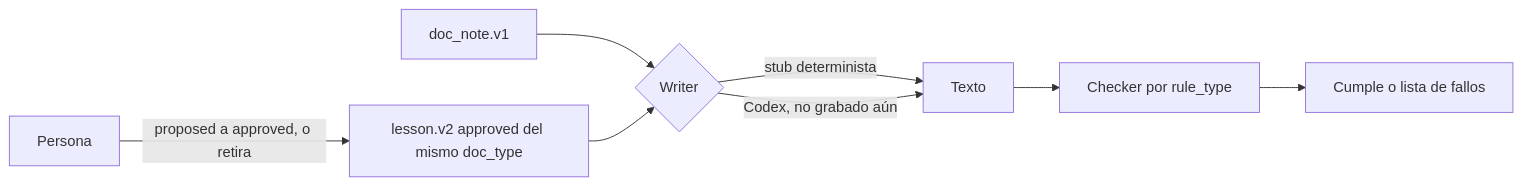
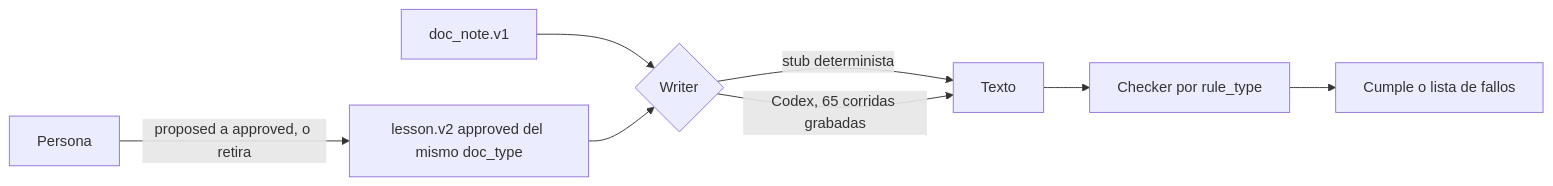
One commit to CarlosSoto92/scribe-recovery-openai changed the diagram in docs/ARCHITECTURE.md. Above: the diagram before and after it, drawn with Mermaid. The commit also changed other lines of this file and 76 other files, not shown here.

Commit message:
data(b2b): 65 corridas grabadas de Codex + marcador real

````diff
--- a/docs/ARCHITECTURE.md
+++ b/docs/ARCHITECTURE.md
@@ -12,10 +12,10 @@
 ```mermaid
 flowchart LR
   N["doc_note.v1"] --> W{Writer}
   L["lesson.v2 approved del mismo doc_type"] --> W
   W -->|stub determinista| T[Texto]
-  W -->|Codex, no grabado aún| T
+  W -->|Codex, 65 corridas grabadas| T
   T --> C[Checker por rule_type]
   C --> R[Cumple o lista de fallos]
   H[Persona] -->|proposed a approved, o retira| L
 ```
````
